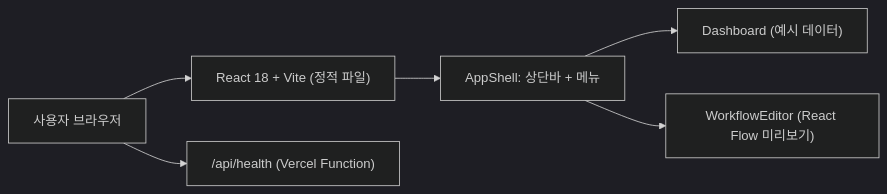
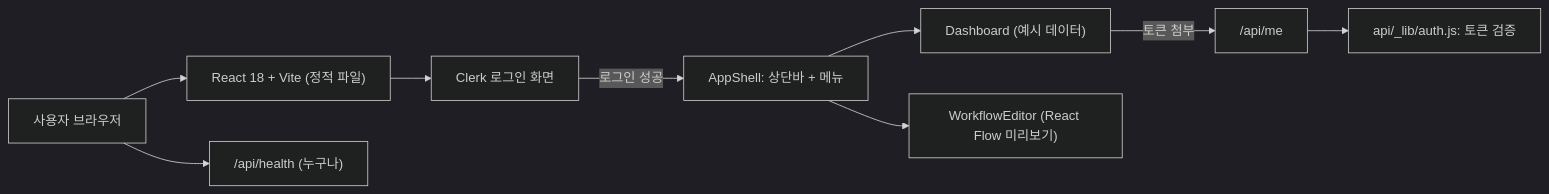
One commit to jeong-jihyun/flowbuilder changed the diagram in docs/ARCHITECTURE.md. Above: the diagram before and after it, drawn with Mermaid (dark theme). The commit also changed other lines of this file and 19 other files, not shown here.

````diff
--- a/docs/ARCHITECTURE.md
+++ b/docs/ARCHITECTURE.md
@@ -8,8 +8,11 @@
 ```mermaid
 flowchart LR
     USER["사용자 브라우저"] --> FRONT["React 18 + Vite (정적 파일)"]
-    FRONT --> SHELL["AppShell: 상단바 + 메뉴"]
+    FRONT --> CLERK["Clerk 로그인 화면"]
+    CLERK -->|로그인 성공| SHELL["AppShell: 상단바 + 메뉴"]
     SHELL --> DASH["Dashboard (예시 데이터)"]
     SHELL --> EDITOR["WorkflowEditor (React Flow 미리보기)"]
-    USER --> API["/api/health (Vercel Function)"]
+    USER --> API["/api/health (누구나)"]
+    DASH -->|토큰 첨부| ME["/api/me"]
+    ME --> AUTH["api/_lib/auth.js: 토큰 검증"]
 ```
````
